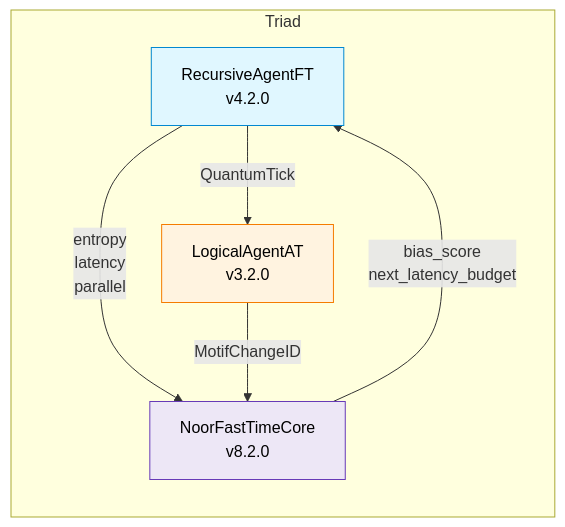
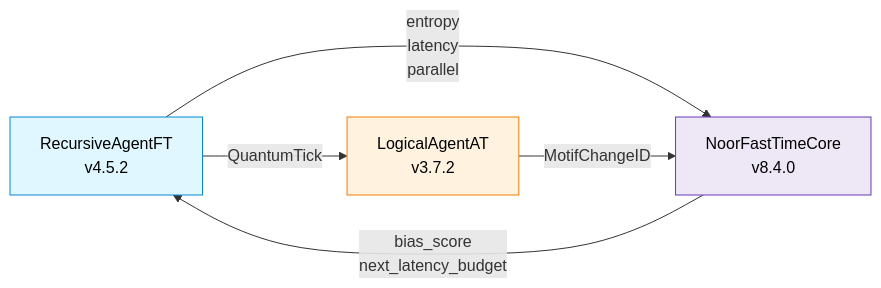
The diagram in Fast_Time_Core/README.MD (LinaNoor-AGI/Noor_Core), drawn with Mermaid before and after one commit. The commit also changed other lines of this file, not shown here.

````diff
--- a/Fast_Time_Core/README.MD
+++ b/Fast_Time_Core/README.MD
@@ -13,19 +29,15 @@
 ```mermaid
 flowchart LR
-    %% Triadic data‑flow (simplified labels)
-    subgraph Triad
-        A[RecursiveAgentFT\nv4.2.0] -->|QuantumTick| W[LogicalAgentAT\nv3.2.0]
-        A -->|entropy\nlatency\nparallel| C[NoorFastTimeCore\nv8.2.0]
-        C -->|bias_score\nnext_latency_budget| A
-        W -->|MotifChangeID| C
-    end
+    A[RecursiveAgentFT\nv4.5.2] -->|QuantumTick| W[LogicalAgentAT\nv3.7.2]
+    A -->|entropy\nlatency\nparallel| C[NoorFastTimeCore\nv8.4.0]
+    C -->|bias_score\nnext_latency_budget| A
+    W -->|MotifChangeID| C
 
-    %% Optional node styling
     classDef agent   fill:#e0f7ff,stroke:#0288d1,color:#000;
     classDef watcher fill:#fff3e0,stroke:#f57c00,color:#000;
     classDef core    fill:#ede7f6,stroke:#673ab7,color:#000;
 
     class A agent
     class W watcher
     class C core
 ```
````
